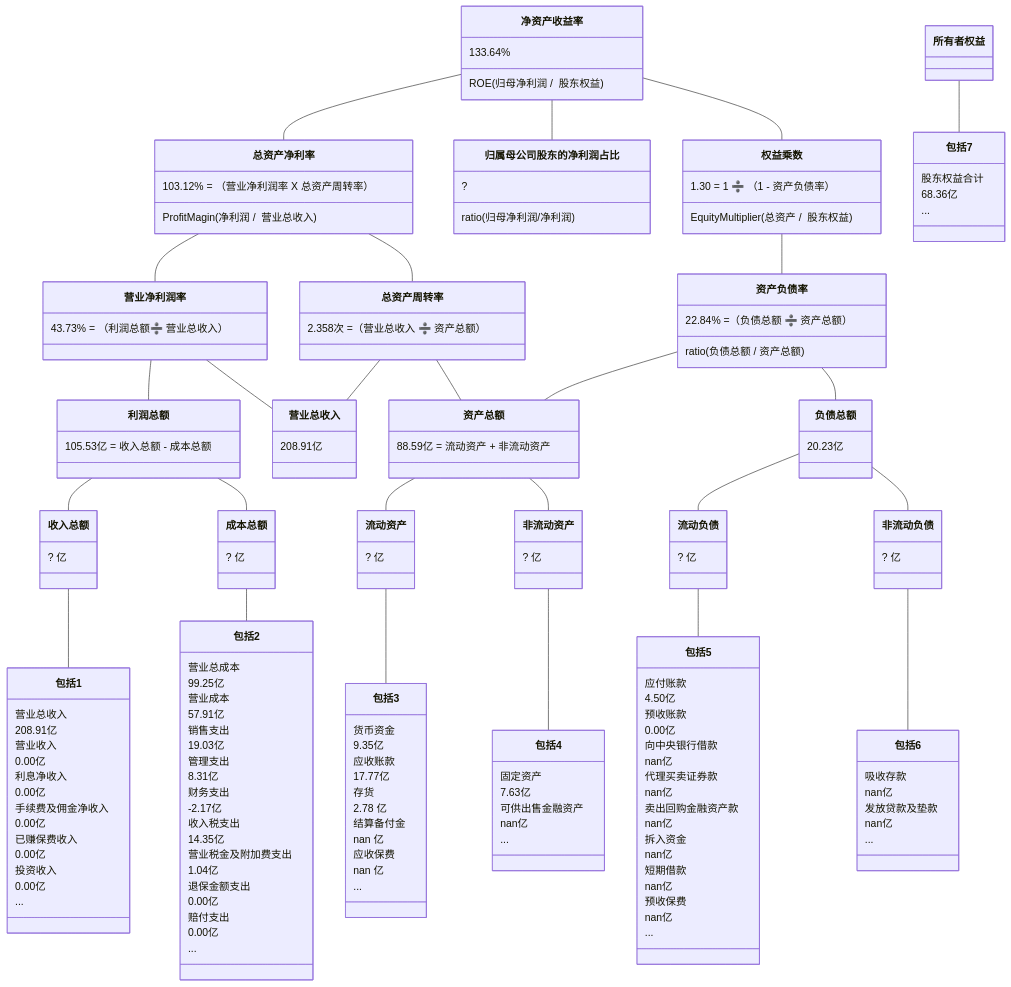
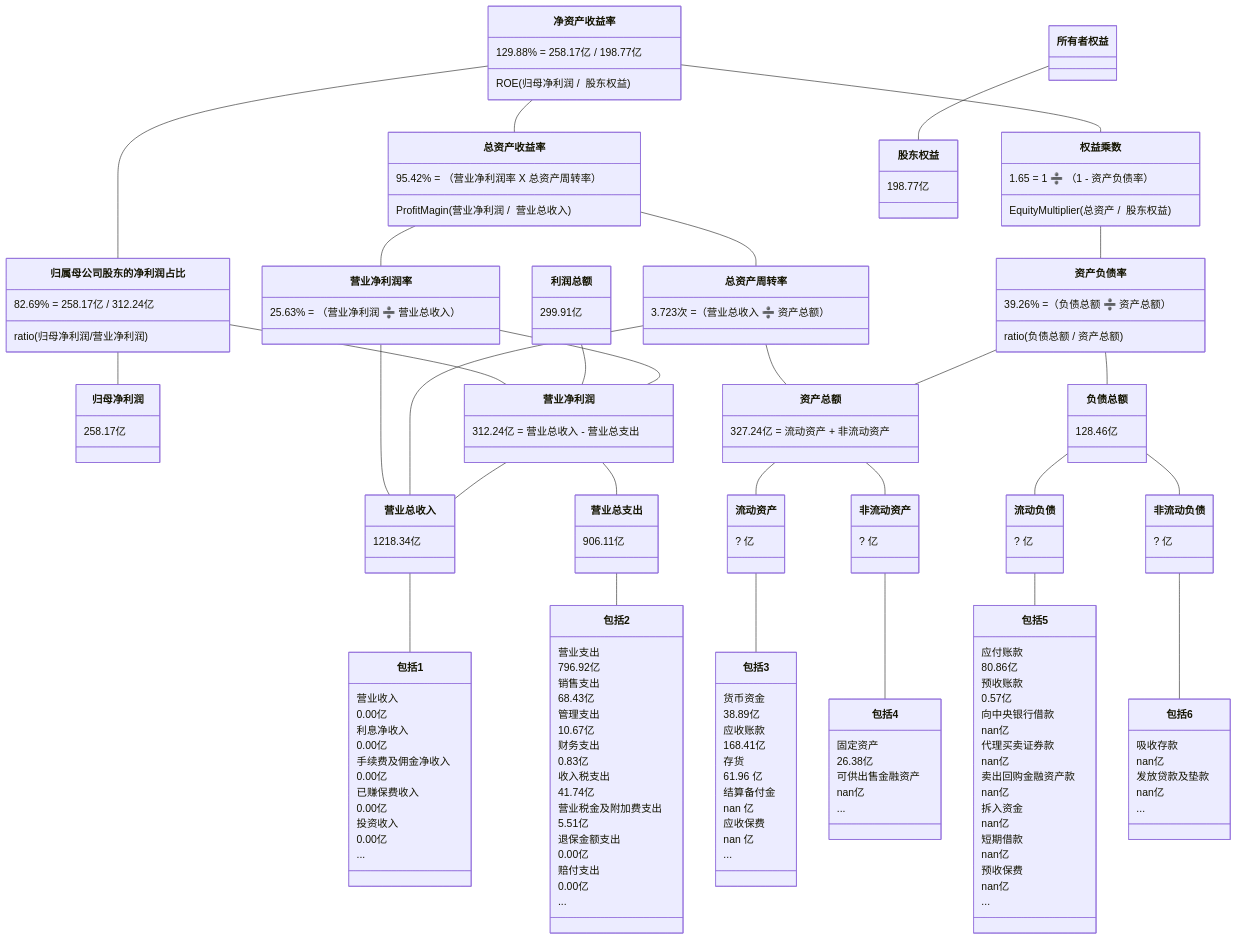
Before and after one commit to TheVeryDarkness/cs410: the eighth of 10 diagrams in 2/2.md, drawn with Mermaid. The commit also changed other lines of this file and 262 other files, not shown here.

````diff
--- a/2/2.md
+++ b/2/2.md
@@ -921,53 +1043,55 @@
 ```mermaid
 classDiagram
-净资产收益率 -- 总资产净利率
-    净资产收益率 : 133.64%
+净资产收益率 -- 总资产收益率
+    净资产收益率 : 129.88% = 258.17亿 / 198.77亿
     净资产收益率 : ROE(归母净利润 /  股东权益)
-    总资产净利率 : 103.12% = （营业净利润率 X 总资产周转率）
-    总资产净利率 : ProfitMagin(净利润 /  营业总收入)
+    总资产收益率 : 95.42% = （营业净利润率 X 总资产周转率）
+    总资产收益率 : ProfitMagin(营业净利润 /  营业总收入)
 净资产收益率 -- 归属母公司股东的净利润占比
-	归属母公司股东的净利润占比 : ?
-	归属母公司股东的净利润占比 : ratio(归母净利润/净利润)
+	  归属母公司股东的净利润占比 : 82.69% = 258.17亿 / 312.24亿
+	  归属母公司股东的净利润占比 : ratio(归母净利润/营业净利润)
+归属母公司股东的净利润占比 -- 归母净利润
+    归母净利润 : 258.17亿
+归属母公司股东的净利润占比 -- 营业净利润
+利润总额 : 299.91亿
+利润总额 -- 营业净利润
 净资产收益率 -- 权益乘数
-    权益乘数 : 1.30 = 1 ➗ （1 - 资产负债率）
+    权益乘数 : 1.65 = 1 ➗ （1 - 资产负债率）
     权益乘数 : EquityMultiplier(总资产 /  股东权益)
-    
-总资产净利率 -- 营业净利润率
-    营业净利润率 : 43.73% = （利润总额➗ 营业总收入）
-总资产净利率 -- 总资产周转率
-    总资产周转率 : 2.358次 =（营业总收入 ➗ 资产总额）
+
+总资产收益率 -- 营业净利润率
+    营业净利润率 : 25.63% = （营业净利润 ➗ 营业总收入）
+总资产收益率 -- 总资产周转率
+    总资产周转率 : 3.723次 =（营业总收入 ➗ 资产总额）
 权益乘数 -- 资产负债率
-    资产负债率  : 22.84% =（负债总额 ➗ 资产总额）
+    资产负债率  : 39.26% =（负债总额 ➗ 资产总额）
     资产负债率  : ratio(负债总额 / 资产总额)
 
-营业净利润率 -- 利润总额
-   利润总额 : 105.53亿 = 收入总额 - 成本总额
+营业净利润率 -- 营业净利润
+    营业净利润 : 312.24亿 = 营业总收入 - 营业总支出
 营业净利润率 -- 营业总收入
-    营业总收入 : 208.91亿
 总资产周转率 -- 营业总收入
 总资产周转率 -- 资产总额
-    资产总额 : 88.59亿 = 流动资产 + 非流动资产
-资产负债率 -- 　负债总额
-    负债总额 : 20.23亿
-资产负债率 -- 　资产总额
+    资产总额 : 327.24亿 = 流动资产 + 非流动资产
+资产负债率 -- 负债总额
+    负债总额 : 128.46亿
+资产负债率 -- 资产总额
 
 
-利润总额 -- 收入总额
-    收入总额 : ? 亿
-利润总额 -- 成本总额
-    成本总额 : ? 亿
+营业净利润 -- 营业总收入
+    营业总收入 : 1218.34亿
+营业净利润 -- 营业总支出
+    营业总支出 : 906.11亿
 资产总额 -- 流动资产
-	流动资产 : ? 亿
+	  流动资产 : ? 亿
 资产总额 -- 非流动资产
-	非流动资产 : ? 亿
+	  非流动资产 : ? 亿
 负债总额 -- 流动负债
-	流动负债 : ? 亿
+	  流动负债 : ? 亿
 负债总额 -- 非流动负债
-	非流动负债 : ? 亿
+	  非流动负债 : ? 亿
 
-收入总额 -- 包括1
-    包括1 : 营业总收入
-    包括1 : 208.91亿
+营业总收入 -- 包括1
     包括1 : 营业收入
     包括1 : 0.00亿
     包括1 : 利息净收入
@@ -979,21 +1103,19 @@
     包括1 : 投资收入
     包括1 : 0.00亿
     包括1 : ...
-成本总额 -- 包括2
-    包括2 : 营业总成本
-    包括2 : 99.25亿
-    包括2 : 营业成本
-    包括2 : 57.91亿
+营业总支出 -- 包括2
+    包括2 : 营业支出
+    包括2 : 796.92亿
     包括2 : 销售支出
-    包括2 : 19.03亿
+    包括2 : 68.43亿
     包括2 : 管理支出
-    包括2 : 8.31亿
+    包括2 : 10.67亿
     包括2 : 财务支出
-    包括2 : -2.17亿
+    包括2 : 0.83亿
     包括2 : 收入税支出
-    包括2 : 14.35亿
+    包括2 : 41.74亿
     包括2 : 营业税金及附加费支出
-    包括2 : 1.04亿
+    包括2 : 5.51亿
     包括2 : 退保金额支出
     包括2 : 0.00亿
     包括2 : 赔付支出
@@ -1001,11 +1123,11 @@
     包括2 : ...
 流动资产 -- 包括3
     包括3 : 货币资金
-    包括3 : 9.35亿
+    包括3 : 38.89亿
     包括3 : 应收账款
-    包括3 : 17.77亿
+    包括3 : 168.41亿
     包括3 : 存货
-    包括3 : 2.78 亿
+    包括3 : 61.96 亿
     包括3 : 结算备付金
     包括3 : nan 亿
     包括3 : 应收保费
@@ -1013,15 +1135,15 @@
     包括3 : ...
 非流动资产 -- 包括4
     包括4 : 固定资产
-    包括4 : 7.63亿
+    包括4 : 26.38亿
     包括4 : 可供出售金融资产
     包括4 : nan亿
     包括4 : ...
 流动负债 -- 包括5
     包括5 : 应付账款
-    包括5 : 4.50亿
+    包括5 : 80.86亿
     包括5 : 预收账款
-    包括5 : 0.00亿
+    包括5 : 0.57亿
     包括5 : 向中央银行借款
     包括5 : nan亿
     包括5 : 代理买卖证券款
@@ -1041,8 +1163,6 @@
     包括6 : 发放贷款及垫款
     包括6 : nan亿
     包括6 : ...
-所有者权益 -- 包括7
-    包括7 : 股东权益合计
-    包括7 : 68.36亿
-    包括7 : ...
+所有者权益 -- 股东权益
+    股东权益 : 198.77亿
 ```
````
